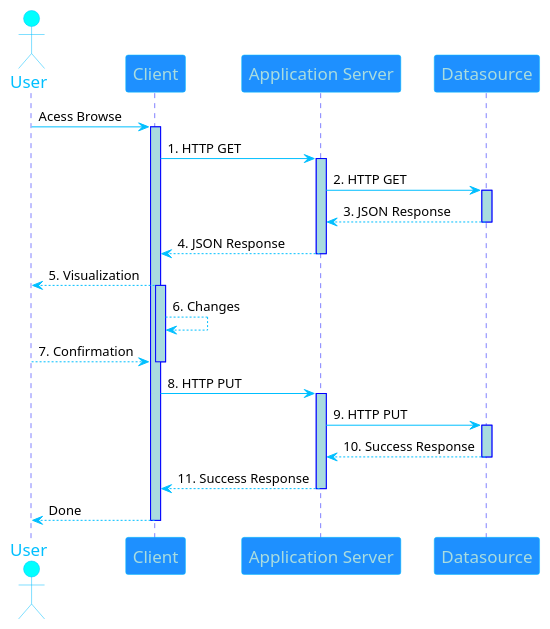
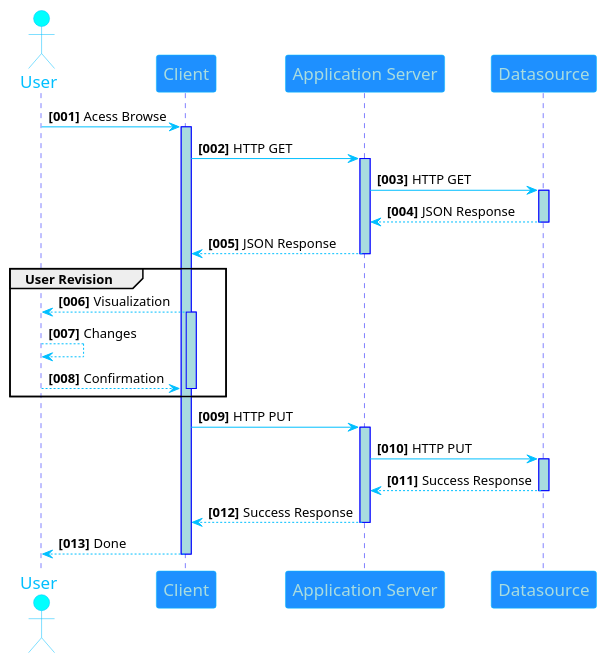
The diagram in PlantUML/sequence1.pu (GiovaniPM/DMNTests), drawn with PlantUML before and after one commit.

Commit message:
giova(DESKTOP-PG18CKU) 210201181140

```diff
--- a/PlantUML/sequence1.pu
+++ b/PlantUML/sequence1.pu
@@ -1,65 +1,68 @@
 @startuml
 'skinparam backgroundColor #EEEBDC
 'skinparam handwritten true
+autonumber "<b>[000]"
 
 skinparam sequence{
     ArrowColor DeepSkyBlue
     ActorBorderColor DeepSkyBlue
     LifeLineBorderColor blue
     LifeLineBackgroundColor #A9DCDF
     
     ParticipantBorderColor DeepSkyBlue
     ParticipantBackgroundColor DodgerBlue
     ParticipantFontName Impact
     ParticipantFontSize 17
     ParticipantFontColor #A9DCDF
     
     ActorBackgroundColor aqua
     ActorFontColor DeepSkyBlue
     ActorFontSize 17
     ActorFontName Aapex
 }
 
 actor User as U
 participant "Client" as A
 participant "Application Server" as B
 participant "Datasource" as C
 
 U -> A: Acess Browse
 activate A
 
-A -> B: 1. HTTP GET
+A -> B: HTTP GET
 activate B
 
-B -> C: 2. HTTP GET
+B -> C: HTTP GET
 activate C
 
-C --> B: 3. JSON Response
+C --> B: JSON Response
 deactivate C
 
-B --> A: 4. JSON Response
+B --> A: JSON Response
 deactivate B
 
-A --> U: 5. Visualization
-activate A
+group User Revision
+    A --> U: Visualization
+    activate A
 
-A --> A: 6. Changes
+    U --> U: Changes
 
-U --> A: 7. Confirmation
-deactivate A
+    U --> A: Confirmation
+    deactivate A
+end
 
-A -> B: 8. HTTP PUT
+A -> B: HTTP PUT
 activate B
 
-B -> C: 9. HTTP PUT
+B -> C: HTTP PUT
 activate C
 
-C --> B: 10. Success Response
+C --> B: Success Response
 deactivate C
 
-B --> A: 11. Success Response
+B --> A: Success Response
 deactivate B
 
 A --> U: Done
 deactivate A
 @enduml
```
